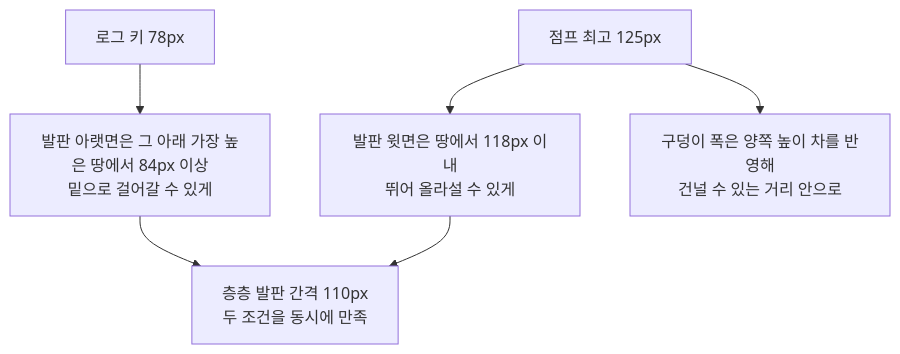
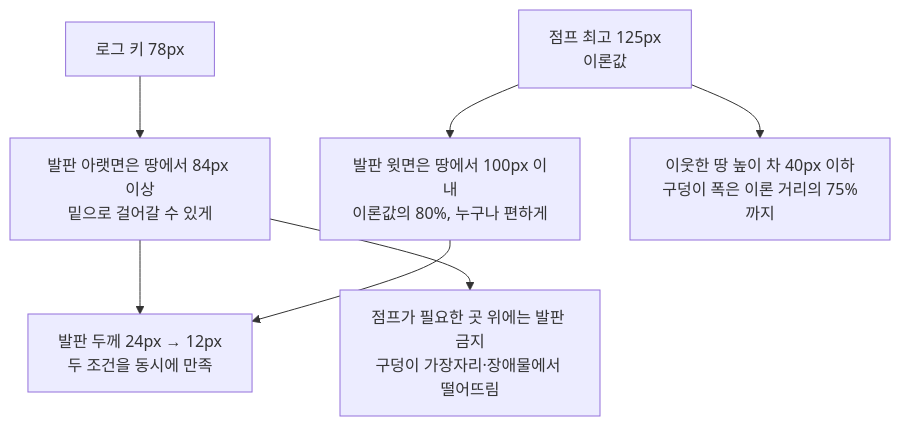
One commit to noah2byte/noah2byte.github.io changed the second of 2 diagrams in _posts/2026-09-29-log-game-06-systems.md. Above: the diagram before and after it, drawn with Mermaid. The commit also changed other lines of this file, not shown here.

````diff
--- a/_posts/2026-09-29-log-game-06-systems.md
+++ b/_posts/2026-09-29-log-game-06-systems.md
@@ -178,8 +182,9 @@
 ```mermaid
 flowchart TB
-  A[로그 키 78px] --> C[발판 아랫면은 그 아래 가장 높은 땅에서 84px 이상<br/>밑으로 걸어갈 수 있게]
-  B[점프 최고 125px] --> D[발판 윗면은 땅에서 118px 이내<br/>뛰어 올라설 수 있게]
-  C --> E[층층 발판 간격 110px<br/>두 조건을 동시에 만족]
+  A[로그 키 78px] --> C[발판 아랫면은 땅에서 84px 이상<br/>밑으로 걸어갈 수 있게]
+  B[점프 최고 125px<br/>이론값] --> D[발판 윗면은 땅에서 100px 이내<br/>이론값의 80%, 누구나 편하게]
+  C --> E[발판 두께 24px → 12px<br/>두 조건을 동시에 만족]
   D --> E
-  B --> F[구덩이 폭은 양쪽 높이 차를 반영해<br/>건널 수 있는 거리 안으로]
+  B --> F[이웃한 땅 높이 차 40px 이하<br/>구덩이 폭은 이론 거리의 75%까지]
+  C --> G[점프가 필요한 곳 위에는 발판 금지<br/>구덩이 가장자리·장애물에서 떨어뜨림]
 ```
````
